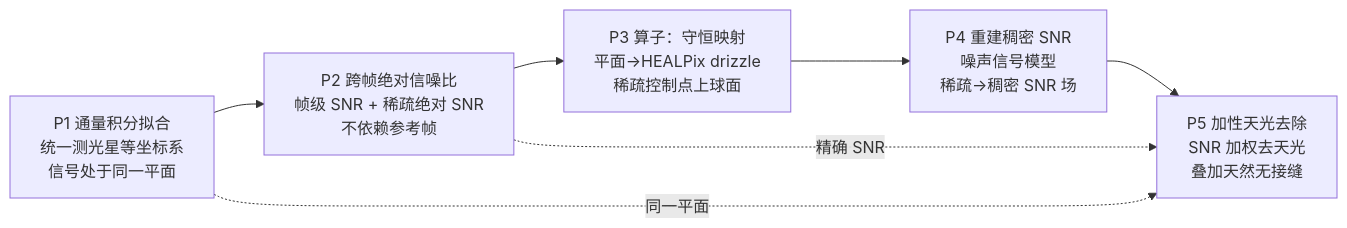
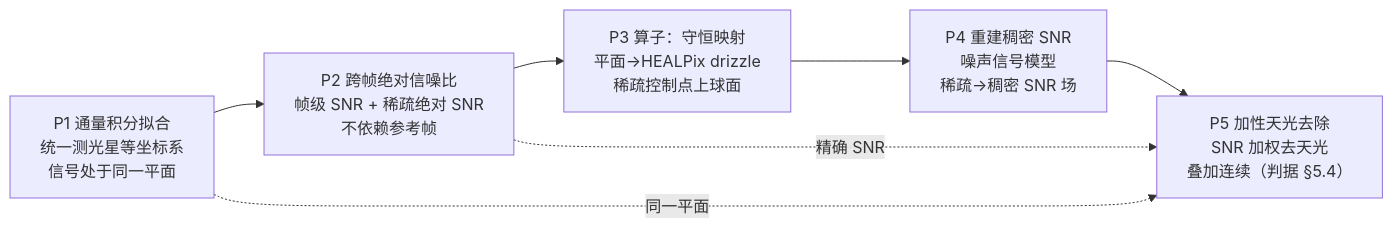
One commit to fujiaze/Astro-CS-Database changed the third of 12 diagrams in docs/ASTROCS_DESIGN.md. Above: the diagram before and after it, drawn with Mermaid. The commit also changed other lines of this file and 105 other files, not shown here.

````diff
--- a/docs/ASTROCS_DESIGN.md
+++ b/docs/ASTROCS_DESIGN.md
@@ -138,9 +138,9 @@
 ```mermaid
 flowchart LR
     A["P1 通量积分拟合<br/>统一测光星等坐标系<br/>信号处于同一平面"] --> B["P2 跨帧绝对信噪比<br/>帧级 SNR + 稀疏绝对 SNR<br/>不依赖参考帧"]
     B --> C["P3 算子：守恒映射<br/>平面→HEALPix drizzle<br/>稀疏控制点上球面"]
     C --> D["P4 重建稠密 SNR<br/>噪声信号模型<br/>稀疏→稠密 SNR 场"]
-    D --> E["P5 加性天光去除<br/>SNR 加权去天光<br/>叠加天然无接缝"]
+    D --> E["P5 加性天光去除<br/>SNR 加权去天光<br/>叠加连续（判据 §5.4）"]
     A -.同一平面.-> E
     B -.精确 SNR.-> E
 ```
````
